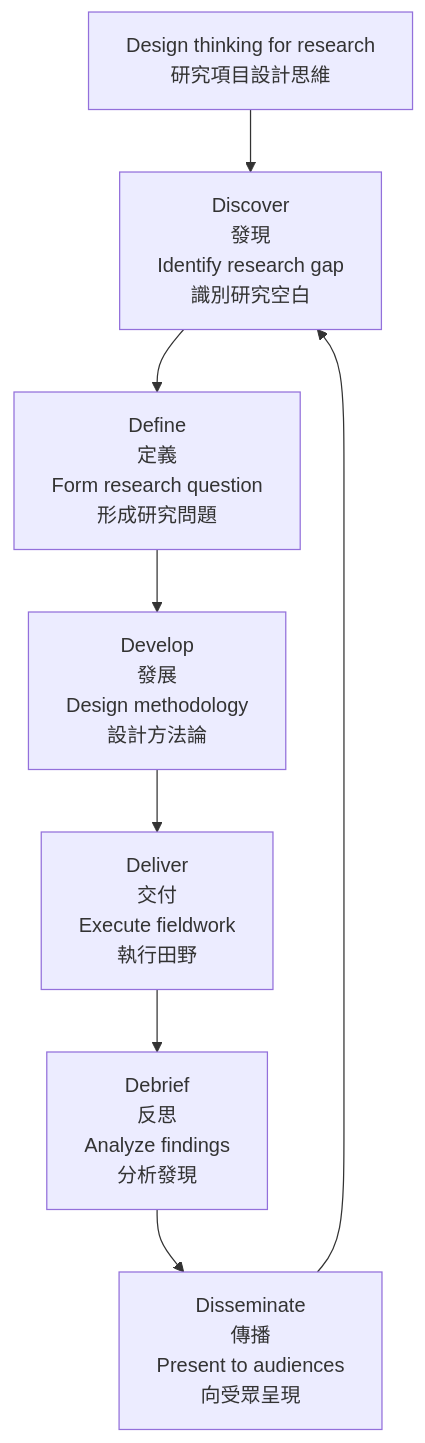
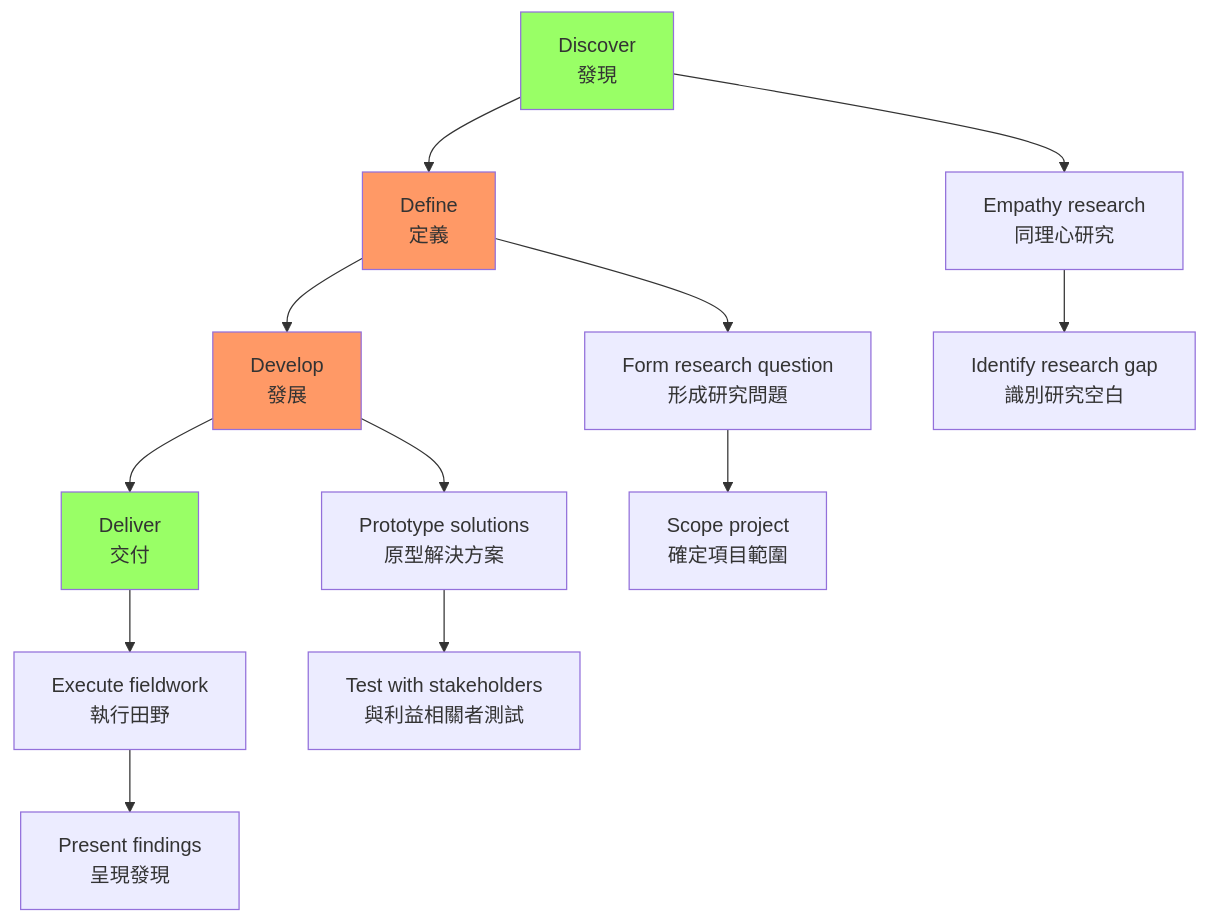
One commit to yip-lgtm/HKU-Harvard-History-Self-Study changed the first of 6 diagrams in 01_HKU_Courses/HIST4028_History_Without_Borders.md. Above: the diagram before and after it, drawn with Mermaid. The commit also changed other lines of this file and 22 other files, not shown here.

````diff
--- a/01_HKU_Courses/HIST4028_History_Without_Borders.md
+++ b/01_HKU_Courses/HIST4028_History_Without_Borders.md
@@ -99,10 +142,23 @@
 ```mermaid
 flowchart TD
-    A[Design thinking for research<br/>研究項目設計思維] --> B[Discover<br/>發現<br/>Identify research gap<br/>識別研究空白]
-    B --> C[Define<br/>定義<br/>Form research question<br/>形成研究問題]
-    C --> D[Develop<br/>發展<br/>Design methodology<br/>設計方法論]
-    D --> E[Deliver<br/>交付<br/>Execute fieldwork<br/>執行田野]
-    E --> F[Debrief<br/>反思<br/>Analyze findings<br/>分析發現]
-    F --> G[Disseminate<br/>傳播<br/>Present to audiences<br/>向受眾呈現]
-    G --> B
+    A[Discover<br/>發現] --> B[Define<br/>定義]
+    B --> C[Develop<br/>發展]
+    C --> D[Deliver<br/>交付]
+    
+    A --> A1[Empathy research<br/>同理心研究]
+    A1 --> A2[Identify research gap<br/>識別研究空白]
+    
+    B --> B1[Form research question<br/>形成研究問題]
+    B1 --> B2[Scope project<br/>確定項目範圍]
+    
+    C --> C1[Prototype solutions<br/>原型解決方案]
+    C1 --> C2[Test with stakeholders<br/>與利益相關者測試]
+    
+    D --> D1[Execute fieldwork<br/>執行田野]
+    D1 --> D2[Present findings<br/>呈現發現]
+    
+    style A fill:#9f6
+    style B fill:#f96
+    style C fill:#f96
+    style D fill:#9f6
 ```
````
